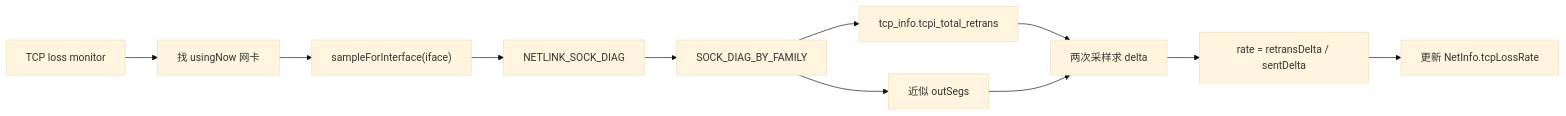
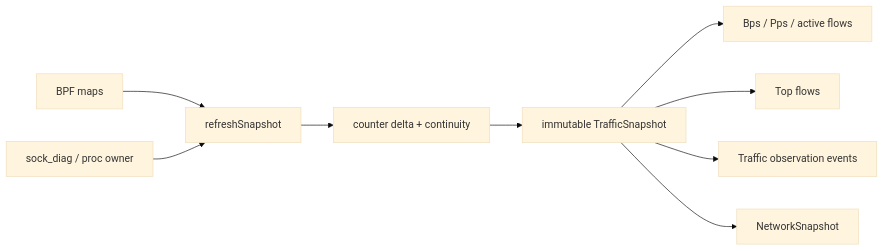
One commit to God1007/JaNet changed the seventh of 15 diagrams in docs/network-diagnostics-engineering-architecture-review.md. Above: the diagram before and after it, drawn with Mermaid (base theme). The commit also changed other lines of this file and 44 other files, not shown here.

````diff
--- a/docs/network-diagnostics-engineering-architecture-review.md
+++ b/docs/network-diagnostics-engineering-architecture-review.md
@@ -681,13 +344,11 @@
 ```mermaid
 flowchart LR
-    A["TCP loss monitor"] --> B["找 usingNow 网卡"]
-    B --> C["sampleForInterface(iface)"]
-    C --> D["NETLINK_SOCK_DIAG"]
-    D --> E["SOCK_DIAG_BY_FAMILY"]
-    E --> F["tcp_info.tcpi_total_retrans"]
-    E --> G["近似 outSegs"]
-    F --> H["两次采样求 delta"]
-    G --> H
-    H --> I["rate = retransDelta / sentDelta"]
-    I --> J["更新 NetInfo.tcpLossRate"]
+    Maps["BPF maps"] --> Refresh["refreshSnapshot"]
+    Diag["sock_diag / proc owner"] --> Refresh
+    Refresh --> Delta["counter delta + continuity"]
+    Delta --> Snapshot["immutable TrafficSnapshot"]
+    Snapshot --> Stats["Bps / Pps / active flows"]
+    Snapshot --> Top["Top flows"]
+    Snapshot --> Event["Traffic observation events"]
+    Snapshot --> Grpc["NetworkSnapshot"]
 ```
````
